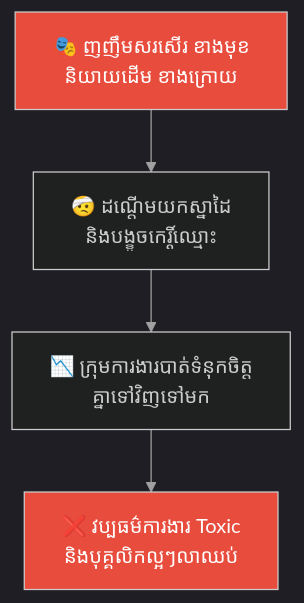
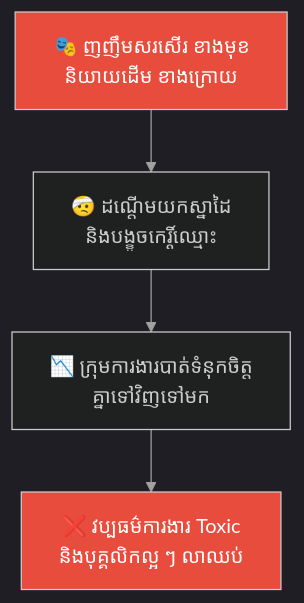
One commit to GuideStack/iblogger-feeds changed the third of 5 diagrams in feeds/concepts/parables/244-the-white-bone-demon-and-the-fiery-eyes.md. Above: the diagram before and after it, drawn with Mermaid. The commit also changed other lines of this file and 11 other files, not shown here.

````diff
--- a/feeds/concepts/parables/244-the-white-bone-demon-and-the-fiery-eyes.md
+++ b/feeds/concepts/parables/244-the-white-bone-demon-and-the-fiery-eyes.md
@@ -155,18 +155,18 @@
 ```mermaid
 %%{init: {
   'theme': 'dark',
   'themeVariables': {
     'background': '#1e1e1e',
     'primaryTextColor': '#ffffff',
     'lineColor': '#a0a0a0'
   },
   'themeCSS': 'svg { background-color: #1e1e1e !important; padding: 1rem !important; border-radius: 8px !important; } .edgeLabel rect { fill: #1e1e1e !important; } text, tspan { fill: #ffffff !important; }'
 }}%%
 graph TD
     A["🎭 ញញឹមសរសើរ ខាងមុខ<br/>និយាយដើម ខាងក្រោយ"] --> B["🤕 ដណ្តើមយកស្នាដៃ<br/>និងបង្ខូចកេរ្តិ៍ឈ្មោះ"]
     B --> C["📉 ក្រុមការងារបាត់ទំនុកចិត្ត<br/>គ្នាទៅវិញទៅមក"]
-    C --> D["❌ វប្បធម៌ការងារ Toxic<br/>និងបុគ្គលិកល្អៗលាឈប់"]
+    C --> D["❌ វប្បធម៌ការងារ Toxic<br/>និងបុគ្គលិកល្អ ៗ លាឈប់"]
 
     style A fill:#e74c3c,color:#fff
     style D fill:#e74c3c,color:#fff
 ```
````
